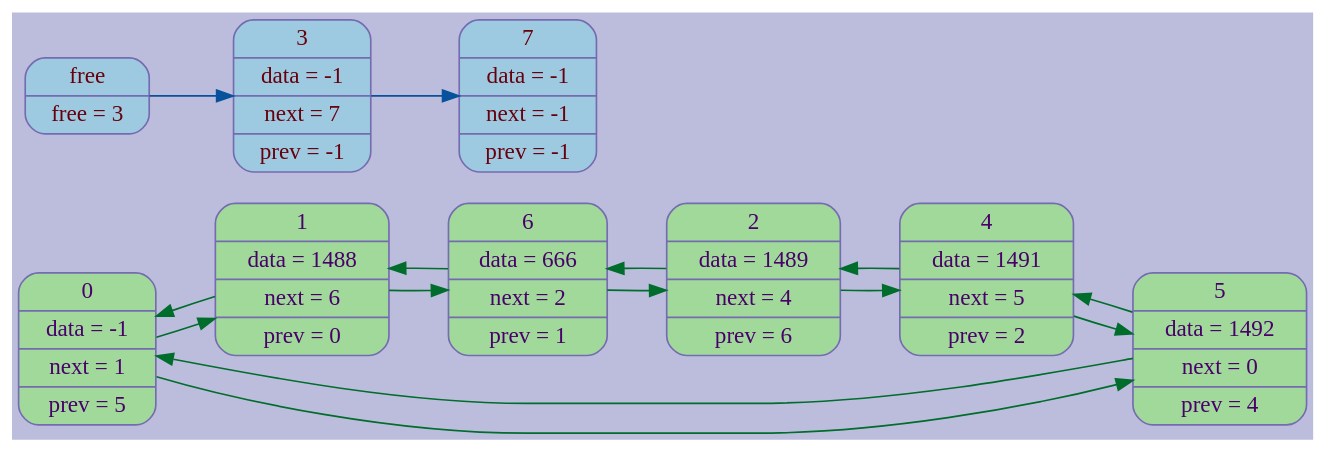
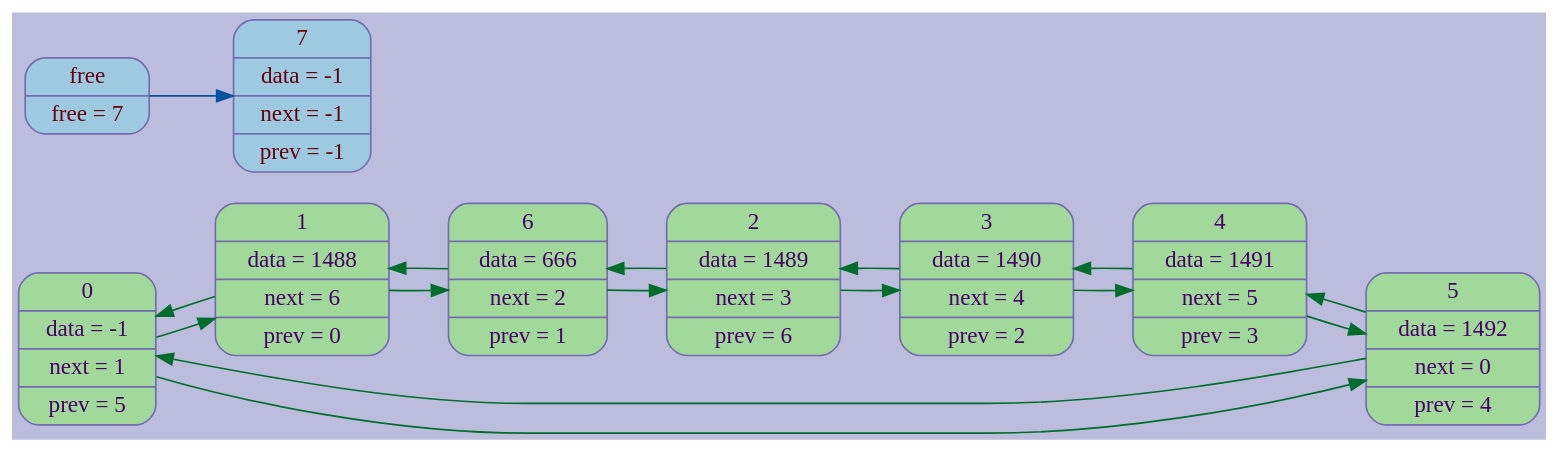
One commit to sevaphasol/list changed the diagram in logs/dot_files/007.dot. Above: the diagram before and after it, drawn with Graphviz. The commit also changed 25 other files, not shown here.

```diff
--- a/logs/dot_files/007.dot
+++ b/logs/dot_files/007.dot
@@ -1,21 +1,21 @@
 digraph G{
 rankdir=LR;
 bgcolor="#bcbddc";
 node[style=filled, color="#756bb1", fillcolor="#a1d99b", fontcolor="#49006a", fontsize=14];
 elem0[shape="Mrecord", label="0 | data = -1 | next = 1 | prev = 5"];
 elem1[shape="Mrecord", label="1 | data = 1488 | next = 6 | prev = 0"];
 elem6[shape="Mrecord", label="6 | data = 666 | next = 2 | prev = 1"];
-elem2[shape="Mrecord", label="2 | data = 1489 | next = 4 | prev = 6"];
-elem4[shape="Mrecord", label="4 | data = 1491 | next = 5 | prev = 2"];
+elem2[shape="Mrecord", label="2 | data = 1489 | next = 3 | prev = 6"];
+elem3[shape="Mrecord", label="3 | data = 1490 | next = 4 | prev = 2"];
+elem4[shape="Mrecord", label="4 | data = 1491 | next = 5 | prev = 3"];
 elem5[shape="Mrecord", label="5 | data = 1492 | next = 0 | prev = 4"];
 edge[color="#006d2c",fontsize=12, penwidth=1];
-elem0->elem1->elem6->elem2->elem4->elem5->elem0;
+elem0->elem1->elem6->elem2->elem3->elem4->elem5->elem0;
 edge[color="#006d2c",fontsize=12, penwidth=1];
-elem0->elem5->elem4->elem2->elem6->elem1->elem0;
+elem0->elem5->elem4->elem3->elem2->elem6->elem1->elem0;
 node[style=filled, color="#756bb1", fillcolor="#9ecae1", fontcolor="#67000d"fontsize=14];
-free[shape="Mrecord", label="free | free = 3"];
-free_elem3[shape="Mrecord", label="3 | data = -1 | next = 7 | prev = -1"];
+free[shape="Mrecord", label="free | free = 7"];
 free_elem7[shape="Mrecord", label="7 | data = -1 | next = -1 | prev = -1"];
 edge[color="#08519c",fontsize=12, penwidth=1];
-free->free_elem3->free_elem7;
+free->free_elem7;
 }
```
